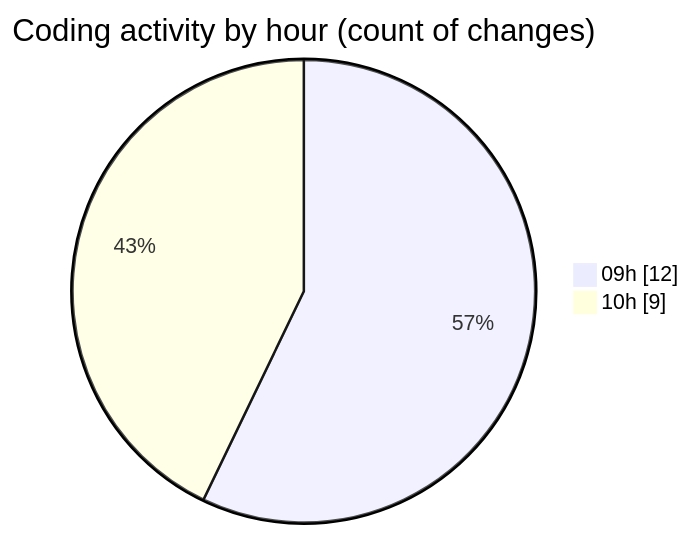
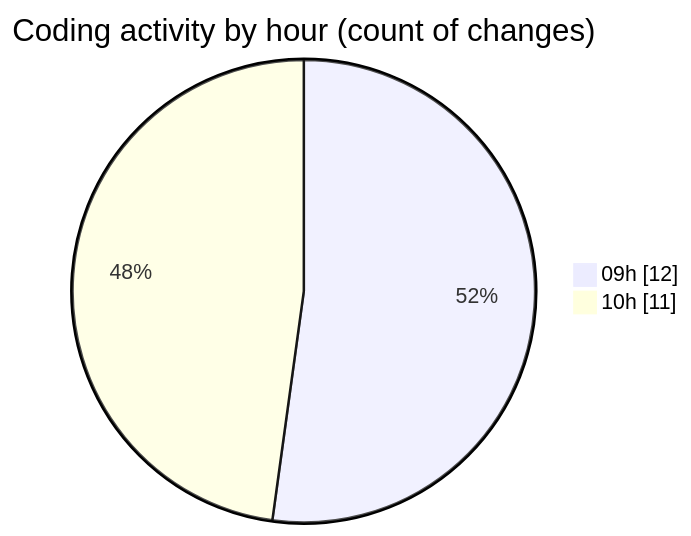
Before and after one commit to momahboobian/code-tracking: the second of 2 diagrams in 2025-05-23/cda/README.md, drawn with Mermaid. The commit also changed other lines of this file and 1 other file, not shown here.

````diff
--- a/2025-05-23/cda/README.md
+++ b/2025-05-23/cda/README.md
@@ -30,6 +30,6 @@
 ```mermaid
 pie showData
 title Coding activity by hour (count of changes)
 "09h" : 12
-"10h" : 9
+"10h" : 11
 ```
````
